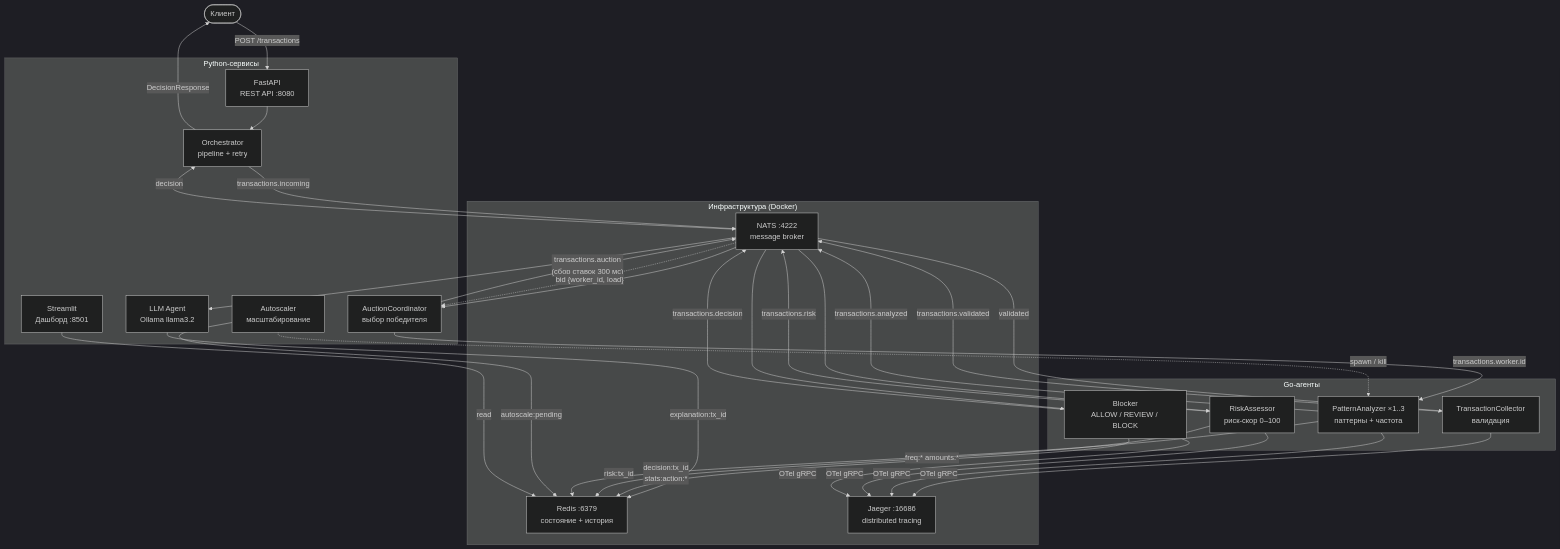
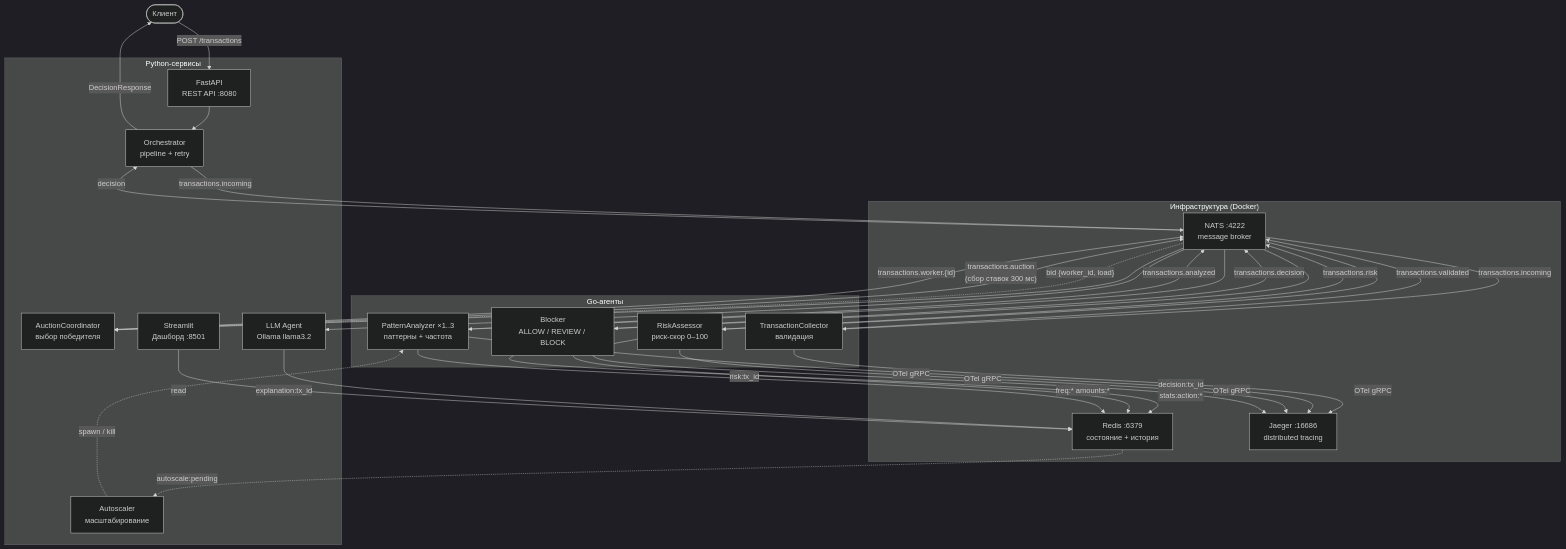
The diagram in README.md (cakeasaur/LR13_26), drawn with Mermaid (dark theme) before and after one commit. The commit also changed other lines of this file, not shown here.

Commit message:
fix: исправить неточности в README и диаграмме Mermaid
- Лейбл NATS→TC: transactions.incoming (не validated)
- Auction→PA: добавить NATS как промежуточный узел
- Auto→Redis: стрелка в правильную сторону (читает, не пишет)
- NATS: убрать упоминание JetStream (используем core NATS)
- Требование Go: 1.26+ (по go.mod, не 1.22+)
- Структура: убрать ложную пометку "тесты" у pattern_analyzer

````diff
--- a/README.md
+++ b/README.md
@@ -10,60 +10,61 @@
 ```mermaid
 flowchart TD
     Client(["Клиент"])
 
     subgraph py["Python-сервисы"]
         API["FastAPI\nREST API :8080"]
         Orch["Orchestrator\npipeline + retry"]
         Auction["AuctionCoordinator\nвыбор победителя"]
         Auto["Autoscaler\nмасштабирование"]
         LLM["LLM Agent\nOllama llama3.2"]
         Dash["Streamlit\nДашборд :8501"]
     end
 
     subgraph go["Go-агенты"]
         TC["TransactionCollector\nвалидация"]
         PA["PatternAnalyzer ×1..3\nпаттерны + частота"]
         RA["RiskAssessor\nриск-скор 0–100"]
         BL["Blocker\nALLOW / REVIEW / BLOCK"]
     end
 
     subgraph infra["Инфраструктура (Docker)"]
         NATS["NATS :4222\nmessage broker"]
         Redis["Redis :6379\nсостояние + история"]
         Jaeger["Jaeger :16686\ndistributed tracing"]
     end
 
     Client -->|"POST /transactions"| API
     API --> Orch
 
     Orch -->|"transactions.incoming"| NATS
-    NATS -->|"validated"| TC
+    NATS -->|"transactions.incoming"| TC
     TC -->|"transactions.validated"| NATS
     NATS --> Auction
 
     Auction -->|"transactions.auction\n(сбор ставок 300 мс)"| NATS
     NATS -.->|"bid {worker_id, load}"| Auction
-    Auction -->|"transactions.worker.id"| PA
+    Auction -->|"transactions.worker.{id}"| NATS
+    NATS --> PA
 
     PA -->|"transactions.analyzed"| NATS
     NATS --> RA
     RA -->|"transactions.risk"| NATS
     NATS --> BL
     BL -->|"transactions.decision"| NATS
 
     NATS -->|"decision"| Orch
     Orch -->|"DecisionResponse"| Client
 
     NATS --> LLM
     LLM -->|"explanation:tx_id"| Redis
     BL -->|"decision:tx_id\nstats:action:*"| Redis
     RA -->|"risk:tx_id"| Redis
     PA -->|"freq:* amounts:*"| Redis
 
-    Auto -->|"autoscale:pending"| Redis
+    Redis -.->|"autoscale:pending"| Auto
     Auto -.->|"spawn / kill"| PA
 
     Dash -->|"read"| Redis
 
     TC & PA & RA & BL -->|"OTel gRPC"| Jaeger
 ```
````
